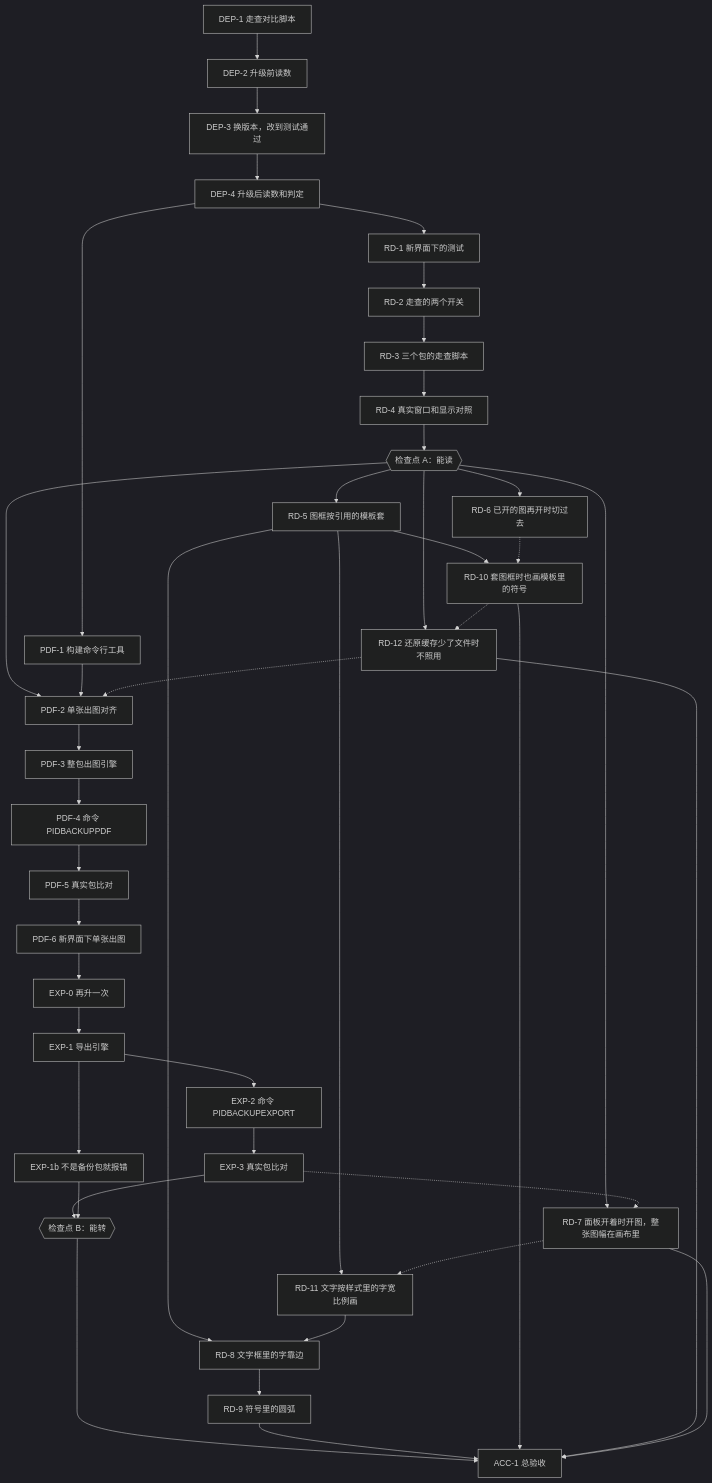
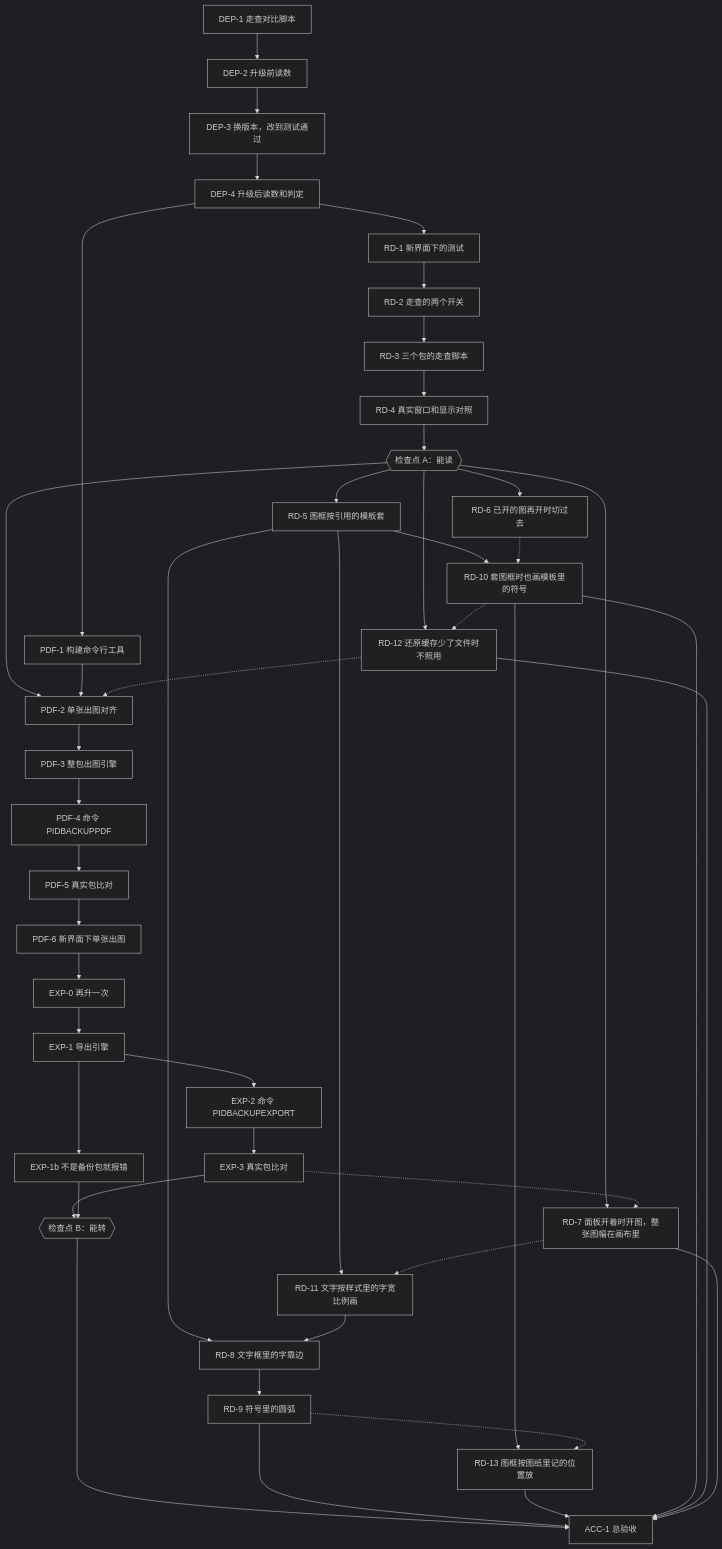
One commit to happyrust/OpenCADStudio changed the diagram in docs/plans/2026-11-17-sppid-backup-publish/plan.md. Above: the diagram before and after it, drawn with Mermaid (dark theme). The commit also changed other lines of this file and 5 other files, not shown here.

First line of the commit message:
RD-10 套图框时也画模板里的符号

````diff
--- a/docs/plans/2026-11-17-sppid-backup-publish/plan.md
+++ b/docs/plans/2026-11-17-sppid-backup-publish/plan.md
@@ -95,44 +95,47 @@
 ```mermaid
 flowchart TD
     DEP1["DEP-1 走查对比脚本"] --> DEP2["DEP-2 升级前读数"]
     DEP2 --> DEP3["DEP-3 换版本，改到测试通过"]
     DEP3 --> DEP4["DEP-4 升级后读数和判定"]
     DEP4 --> RD1["RD-1 新界面下的测试"]
     RD1 --> RD2["RD-2 走查的两个开关"]
     RD2 --> RD3["RD-3 三个包的走查脚本"]
     RD3 --> RD4["RD-4 真实窗口和显示对照"]
     RD4 --> A{{"检查点 A：能读"}}
     DEP4 --> PDF1["PDF-1 构建命令行工具"]
     A --> PDF2["PDF-2 单张出图对齐"]
     PDF1 --> PDF2
     PDF2 --> PDF3["PDF-3 整包出图引擎"]
     PDF3 --> PDF4["PDF-4 命令 PIDBACKUPPDF"]
     PDF4 --> PDF5["PDF-5 真实包比对"]
     PDF5 --> PDF6["PDF-6 新界面下单张出图"]
     PDF6 --> EXP0["EXP-0 再升一次"]
     EXP0 --> EXP1["EXP-1 导出引擎"]
     EXP1 --> EXP2["EXP-2 命令 PIDBACKUPEXPORT"]
     EXP2 --> EXP3["EXP-3 真实包比对"]
     EXP3 --> B{{"检查点 B：能转"}}
     EXP1 --> EXP1B["EXP-1b 不是备份包就报错"]
     EXP1B --> B
     B --> ACC1["ACC-1 总验收"]
     A --> RD5["RD-5 图框按引用的模板套"]
     A --> RD6["RD-6 已开的图再开时切过去"]
     A --> RD7["RD-7 面板开着时开图，整张图幅在画布里"]
     RD5 --> RD10["RD-10 套图框时也画模板里的符号"]
     A --> RD12["RD-12 还原缓存少了文件时不照用"]
     RD5 --> RD11["RD-11 文字按样式里的字宽比例画"]
     RD5 --> RD8["RD-8 文字框里的字靠边"]
     RD11 --> RD8
     RD8 --> RD9["RD-9 符号里的圆弧"]
     RD9 --> ACC1
+    RD10 --> RD13["RD-13 图框按图纸里记的位置放"]
+    RD13 --> ACC1
     RD10 --> ACC1
     RD12 --> ACC1
     RD7 --> ACC1
     RD6 -.-> RD10
     RD10 -.-> RD12
     RD12 -.-> PDF2
     EXP3 -.-> RD7
     RD7 -.-> RD11
+    RD9 -.-> RD13
 ```
````
